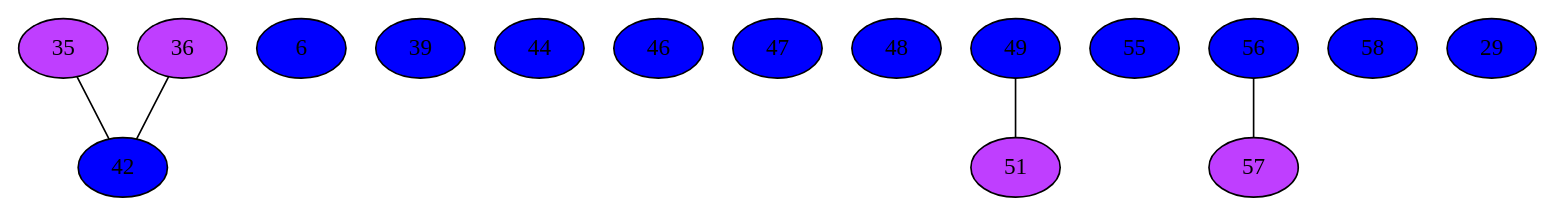
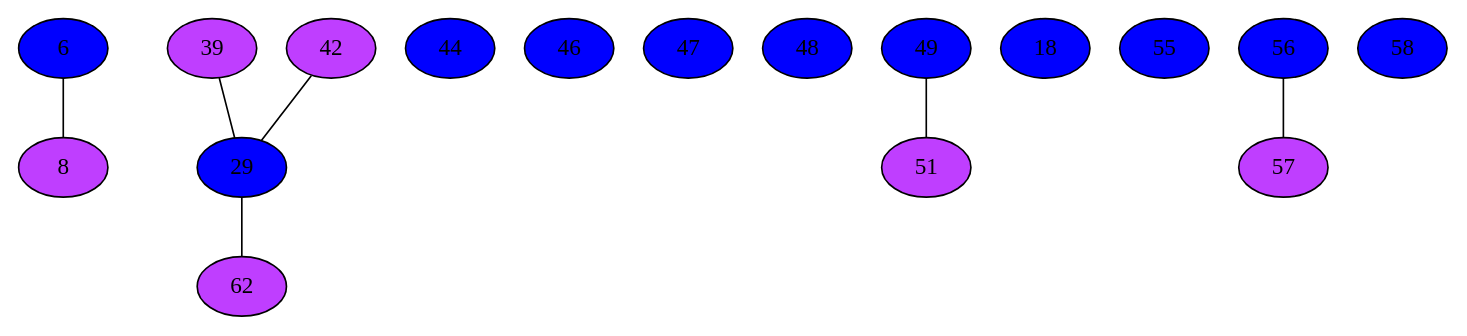
The diagram in Compiler/16iGraph.dot (mbajaj92/Project-Astoria), drawn with Graphviz before and after one commit. The commit also changed 211 other files, not shown here.

```diff
--- a/Compiler/16iGraph.dot
+++ b/Compiler/16iGraph.dot
@@ -1,26 +1,31 @@
 strict graph {
-35[label="35" style=filled fillcolor="darkorchid1"];
-35 -- 42
-36[label="36" style=filled fillcolor="darkorchid1"];
-36 -- 42
 6[label="6" style=filled fillcolor="blue1"];
-39[label="39" style=filled fillcolor="blue1"];
-42[label="42" style=filled fillcolor="blue1"];
-42 -- 35
-42 -- 36
+6 -- 8
+39[label="39" style=filled fillcolor="darkorchid1"];
+39 -- 29
+8[label="8" style=filled fillcolor="darkorchid1"];
+8 -- 6
+42[label="42" style=filled fillcolor="darkorchid1"];
+42 -- 29
 44[label="44" style=filled fillcolor="blue1"];
 46[label="46" style=filled fillcolor="blue1"];
 47[label="47" style=filled fillcolor="blue1"];
 48[label="48" style=filled fillcolor="blue1"];
 49[label="49" style=filled fillcolor="blue1"];
 49 -- 51
+18[label="18" style=filled fillcolor="blue1"];
 51[label="51" style=filled fillcolor="darkorchid1"];
 51 -- 49
 55[label="55" style=filled fillcolor="blue1"];
 56[label="56" style=filled fillcolor="blue1"];
 56 -- 57
 57[label="57" style=filled fillcolor="darkorchid1"];
 57 -- 56
 58[label="58" style=filled fillcolor="blue1"];
 29[label="29" style=filled fillcolor="blue1"];
+29 -- 39
+29 -- 42
+29 -- 62
+62[label="62" style=filled fillcolor="darkorchid1"];
+62 -- 29
 }
```
